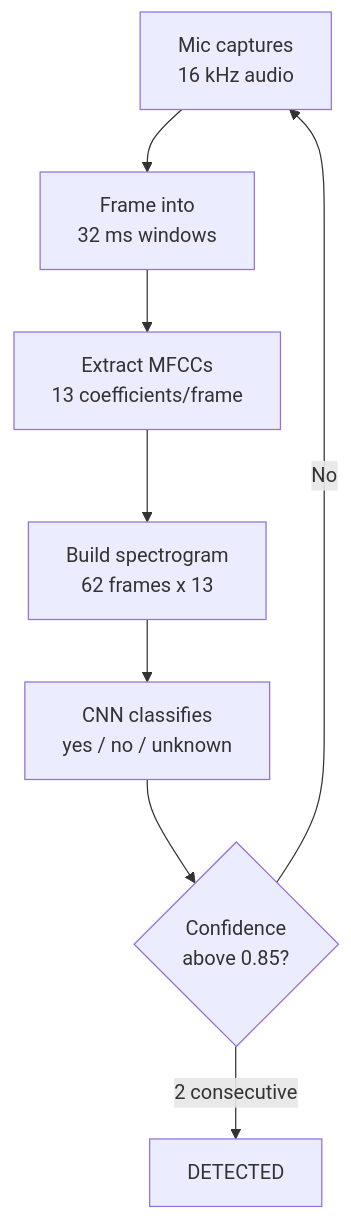
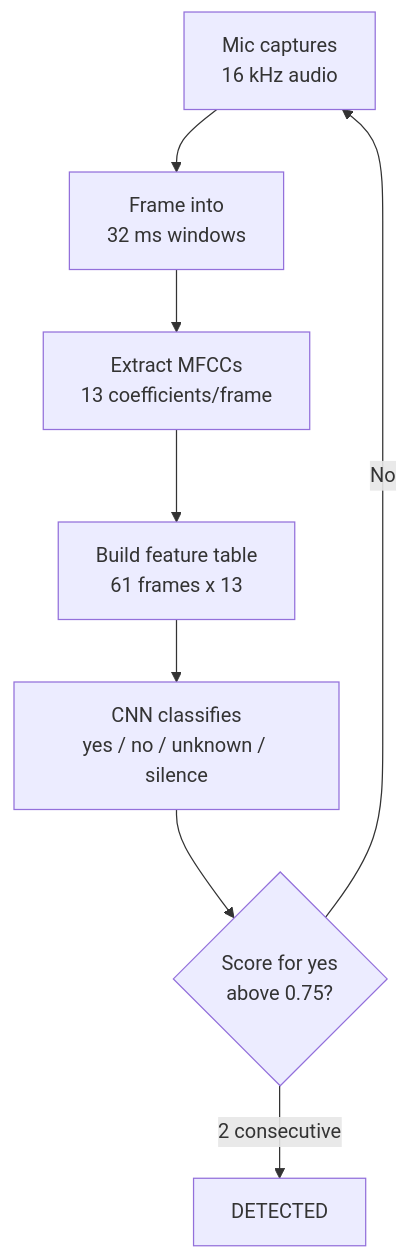
Before and after one commit to SiliconWit/edge-ai-tinyml: the diagram in keyword-spotting-voice-wake-word.mdx, drawn with Mermaid. The commit also changed other lines of this file and 9 other files, not shown here.

````diff
--- a/keyword-spotting-voice-wake-word.mdx
+++ b/keyword-spotting-voice-wake-word.mdx
@@ -111,10 +70,10 @@
 ```mermaid
 flowchart TD
     A[Mic captures\n16 kHz audio] --> B[Frame into\n32 ms windows]
     B --> C[Extract MFCCs\n13 coefficients/frame]
-    C --> D[Build spectrogram\n62 frames x 13]
-    D --> E[CNN classifies\nyes / no / unknown]
-    E --> F{Confidence\nabove 0.85?}
+    C --> D[Build feature table\n61 frames x 13]
+    D --> E[CNN classifies\nyes / no / unknown / silence]
+    E --> F{Score for yes\nabove 0.75?}
     F -- 2 consecutive --> G[DETECTED]
     F -- No --> A
 ```
````
